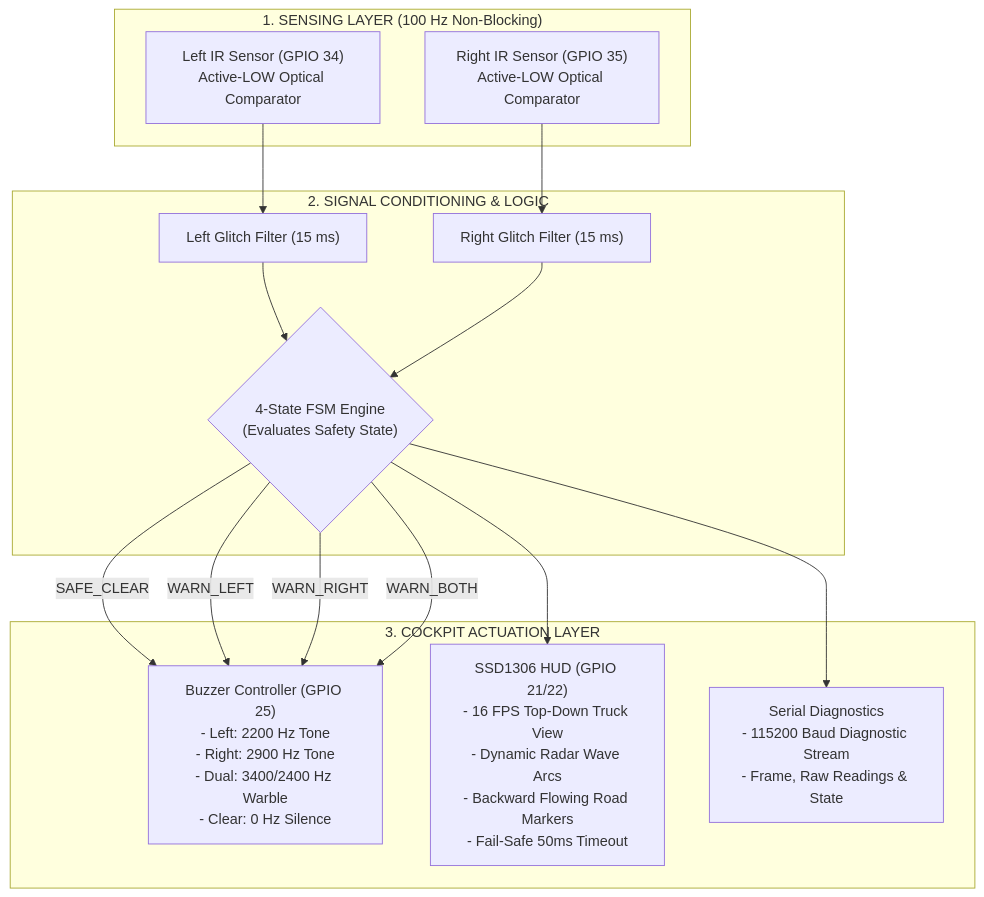
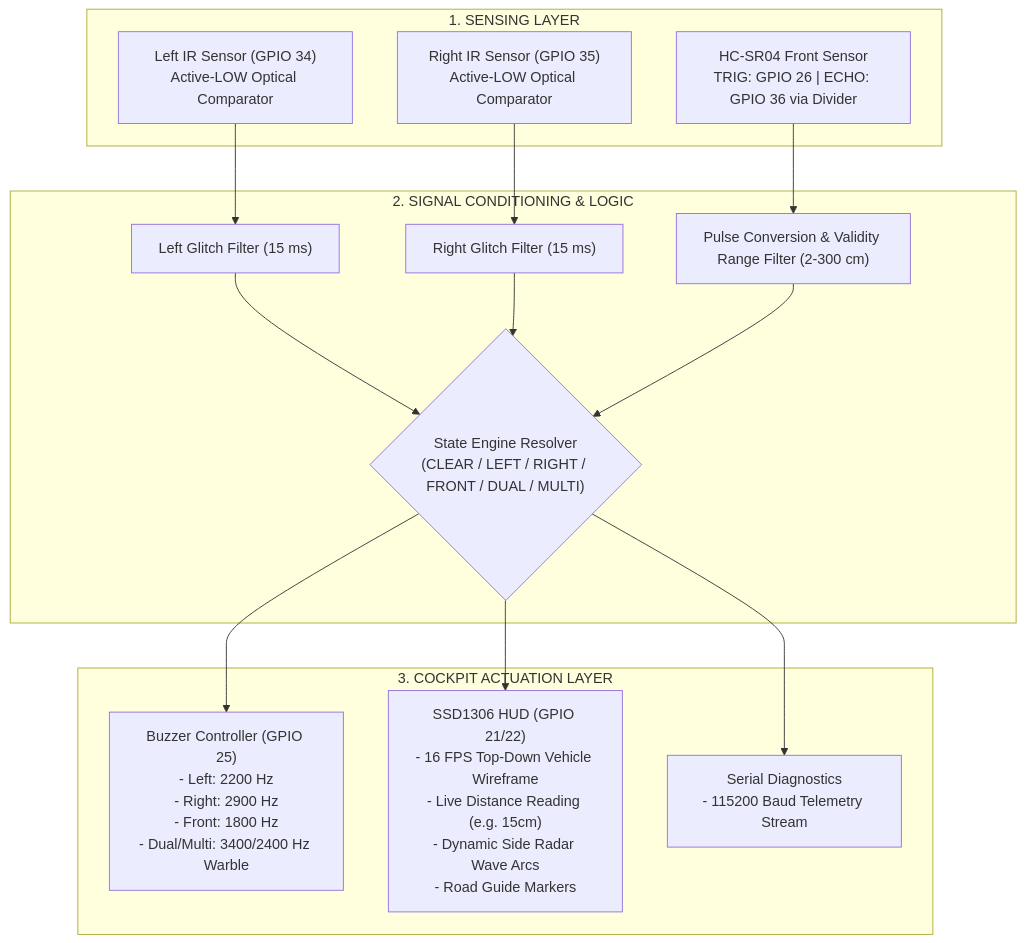
Before and after one commit to DevInfinix/BlindSpottr: the diagram in docs/architecture.md, drawn with Mermaid. The commit also changed other lines of this file and 13 other files, not shown here.

Commit message:
FEAT: integrate HC-SR04 ultrasonic distance sensor, update 2D wiring and sync docs (fixes #6)

````diff
--- a/docs/architecture.md
+++ b/docs/architecture.md
@@ -75,32 +86,33 @@
 ```mermaid
 graph TD
-    subgraph SENSING ["1. SENSING LAYER (100 Hz Non-Blocking)"]
+    subgraph SENSING ["1. SENSING LAYER"]
         IR_L["Left IR Sensor (GPIO 34)\nActive-LOW Optical Comparator"]
         IR_R["Right IR Sensor (GPIO 35)\nActive-LOW Optical Comparator"]
+        US_FRONT["HC-SR04 Front Sensor\nTRIG: GPIO 26 | ECHO: GPIO 36 via Divider"]
     end
 
     subgraph PROCESSING ["2. SIGNAL CONDITIONING & LOGIC"]
         DEB_L["Left Glitch Filter (15 ms)"]
         DEB_R["Right Glitch Filter (15 ms)"]
-        FSM{"4-State FSM Engine\n(Evaluates Safety State)"}
+        US_FILTER["Pulse Conversion & Validity Range Filter (2-300 cm)"]
+        FSM{"State Engine Resolver\n(CLEAR / LEFT / RIGHT / FRONT / DUAL / MULTI)"}
     end
 
     subgraph OUTPUTS ["3. COCKPIT ACTUATION LAYER"]
-        BUZZ["Buzzer Controller (GPIO 25)\n- Left: 2200 Hz Tone\n- Right: 2900 Hz Tone\n- Dual: 3400/2400 Hz Warble\n- Clear: 0 Hz Silence"]
-        OLED["SSD1306 HUD (GPIO 21/22)\n- 16 FPS Top-Down Truck View\n- Dynamic Radar Wave Arcs\n- Backward Flowing Road Markers\n- Fail-Safe 50ms Timeout"]
-        UART["Serial Diagnostics\n- 115200 Baud Diagnostic Stream\n- Frame, Raw Readings & State"]
+        BUZZ["Buzzer Controller (GPIO 25)\n- Left: 2200 Hz\n- Right: 2900 Hz\n- Front: 1800 Hz\n- Dual/Multi: 3400/2400 Hz Warble"]
+        OLED["SSD1306 HUD (GPIO 21/22)\n- 16 FPS Top-Down Vehicle Wireframe\n- Live Distance Reading (e.g. 15cm)\n- Dynamic Side Radar Wave Arcs\n- Road Guide Markers"]
+        UART["Serial Diagnostics\n- 115200 Baud Telemetry Stream"]
     end
 
     IR_L --> DEB_L
     IR_R --> DEB_R
+    US_FRONT --> US_FILTER
+
     DEB_L --> FSM
     DEB_R --> FSM
+    US_FILTER --> FSM
 
-    FSM -->|SAFE_CLEAR| BUZZ
-    FSM -->|WARN_LEFT| BUZZ
-    FSM -->|WARN_RIGHT| BUZZ
-    FSM -->|WARN_BOTH| BUZZ
-
+    FSM --> BUZZ
     FSM --> OLED
     FSM --> UART
 ```
````
